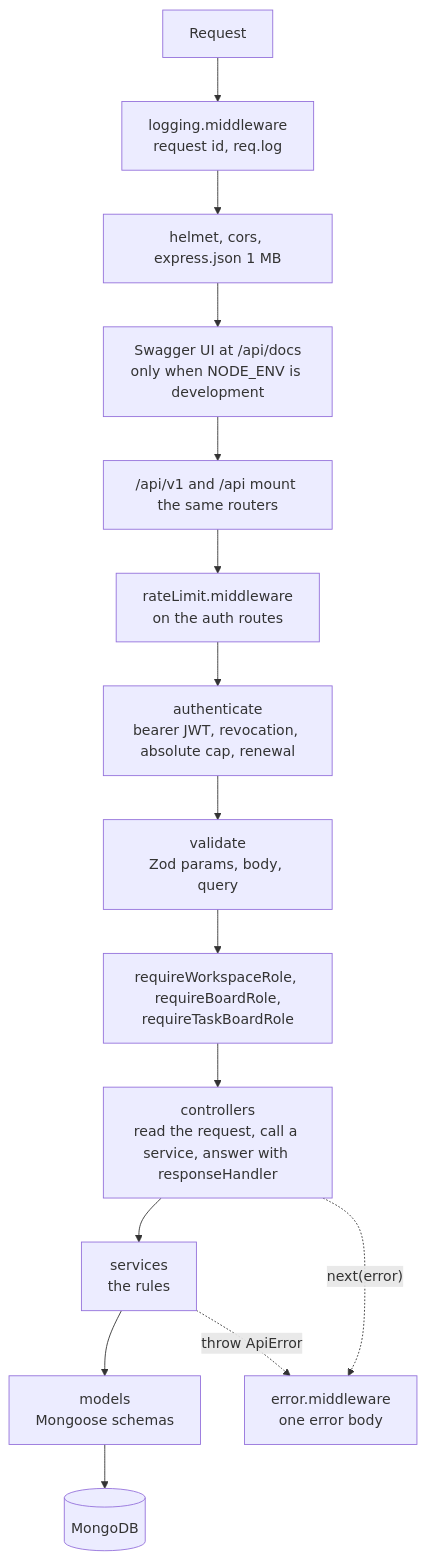
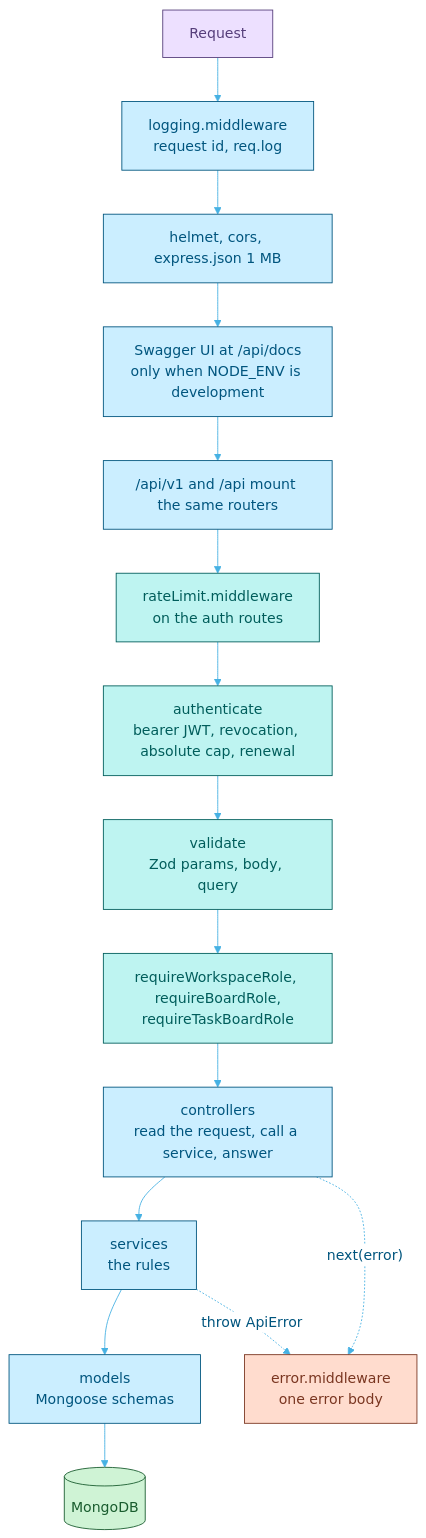
The first of 6 diagrams in docs/ARCHITECTURE.md (kfeuerschvenger/BreezyBoard), drawn with Mermaid before and after one commit. The commit also changed other lines of this file and 6 other files, not shown here.

Commit message:
docs: split the deep docs into architecture, environment, testing, CI, API and roadmap

````diff
--- a/docs/ARCHITECTURE.md
+++ b/docs/ARCHITECTURE.md
@@ -22,17 +25,29 @@
 ```mermaid
+%%{init: {"theme": "base", "themeVariables": {"fontFamily": "Segoe UI, Helvetica, Arial, sans-serif", "primaryColor": "#cbeeff", "primaryBorderColor": "#00557e", "primaryTextColor": "#00557e", "secondaryColor": "#bef4f1", "secondaryBorderColor": "#005d5b", "secondaryTextColor": "#005d5b", "tertiaryColor": "#fbe5bf", "tertiaryBorderColor": "#684600", "tertiaryTextColor": "#684600", "lineColor": "#46b1e3", "textColor": "#2f7fa8", "edgeLabelBackground": "#ffffff", "clusterBkg": "#f1faff", "clusterBorder": "#46b1e3"}}}%%
 flowchart TD
   Req[Request] --> Log["logging.middleware<br/>request id, req.log"]
   Log --> Sec["helmet, cors, express.json 1 MB"]
   Sec --> Docs["Swagger UI at /api/docs<br/>only when NODE_ENV is development"]
   Docs --> Mount["/api/v1 and /api mount the same routers"]
   Mount --> Rate["rateLimit.middleware<br/>on the auth routes"]
   Rate --> Auth["authenticate<br/>bearer JWT, revocation, absolute cap, renewal"]
   Auth --> Val["validate<br/>Zod params, body, query"]
   Val --> Role["requireWorkspaceRole, requireBoardRole,<br/>requireTaskBoardRole"]
-  Role --> Ctl["controllers<br/>read the request, call a service, answer with responseHandler"]
+  Role --> Ctl["controllers<br/>read the request, call a service, answer"]
   Ctl --> Svc["services<br/>the rules"]
   Svc --> Mod["models<br/>Mongoose schemas"]
   Mod --> DB[(MongoDB)]
   Ctl -.->|"next(error)"| Err["error.middleware<br/>one error body"]
   Svc -.->|"throw ApiError"| Err
+  classDef sky fill:#cbeeff,stroke:#00557e,color:#00557e
+  classDef teal fill:#bef4f1,stroke:#005d5b,color:#005d5b
+  classDef green fill:#cff3d5,stroke:#195c2e,color:#195c2e
+  classDef coral fill:#ffdcce,stroke:#7a3621,color:#7a3621
+  classDef lavender fill:#ede0ff,stroke:#563e7b,color:#563e7b
+  class Req lavender
+  class Log,Sec,Docs,Mount sky
+  class Rate,Auth,Val,Role teal
+  class Ctl,Svc,Mod sky
+  class DB green
+  class Err coral
 ```
````
